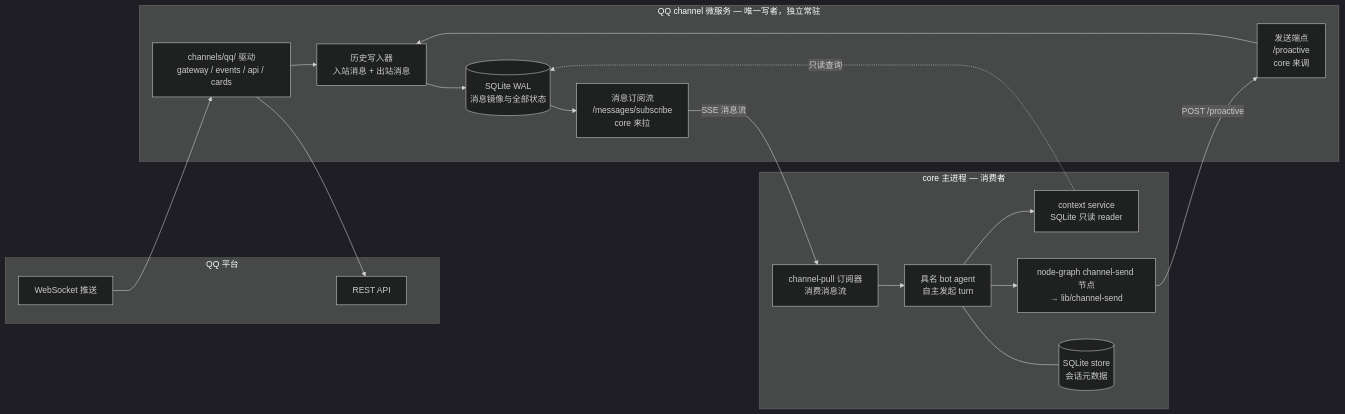
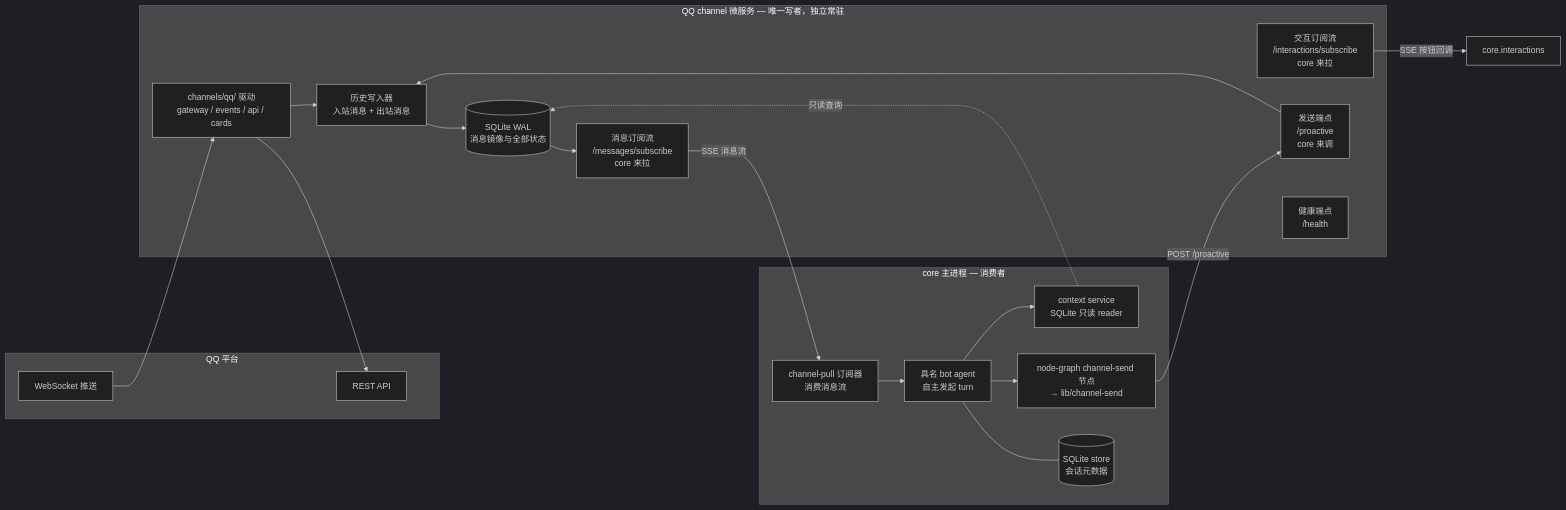
Before and after one commit to wingdever/agent: the diagram in docs/accounts/channels/qq/microservice.md, drawn with Mermaid (dark theme). The commit also changed other lines of this file and 57 other files, not shown here.

````diff
--- a/docs/accounts/channels/qq/microservice.md
+++ b/docs/accounts/channels/qq/microservice.md
@@ -26,35 +28,38 @@
 ```mermaid
 flowchart LR
   subgraph Ext["QQ 平台"]
     WSS["WebSocket 推送"]
     REST["REST API"]
   end
 
   subgraph Svc["QQ channel 微服务 — 唯一写者，独立常驻"]
     D["channels/qq/ 驱动<br/>gateway / events / api / cards"]
     W["历史写入器<br/>入站消息 + 出站消息"]
     SUB["消息订阅流<br/>/messages/subscribe<br/>core 来拉"]
+    INT["交互订阅流<br/>/interactions/subscribe<br/>core 来拉"]
     SEND["发送端点<br/>/proactive<br/>core 来调"]
+    HEALTH["健康端点<br/>/health"]
     DB[("SQLite WAL<br/>消息镜像与全部状态")]
     D --> W --> DB
     DB --> SUB
     SEND --> W
   end
 
   subgraph Core["core 主进程 — 消费者"]
     PULL["channel-pull 订阅器<br/>消费消息流"]
     AG["具名 bot agent<br/>自主发起 turn"]
     CTX["context service<br/>SQLite 只读 reader"]
     NODE["node-graph channel-send 节点<br/>→ lib/channel-send"]
     STORE[("SQLite store<br/>会话元数据")]
     PULL --> AG --> CTX
     AG --> NODE
     AG --- STORE
   end
 
   WSS --> D
   D --> REST
   SUB -->|"SSE 消息流"| PULL
+  INT -->|"SSE 按钮回调"| INT_CORE["core.interactions"]
   NODE -->|"POST /proactive"| SEND
   CTX -.->|"只读查询"| DB
 ```
````
